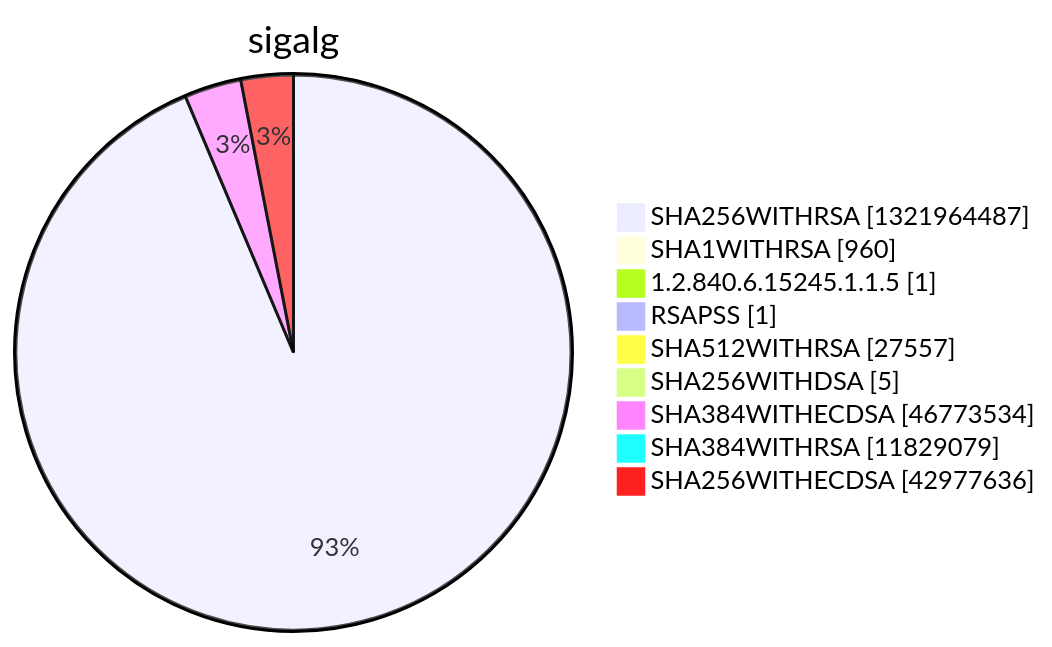
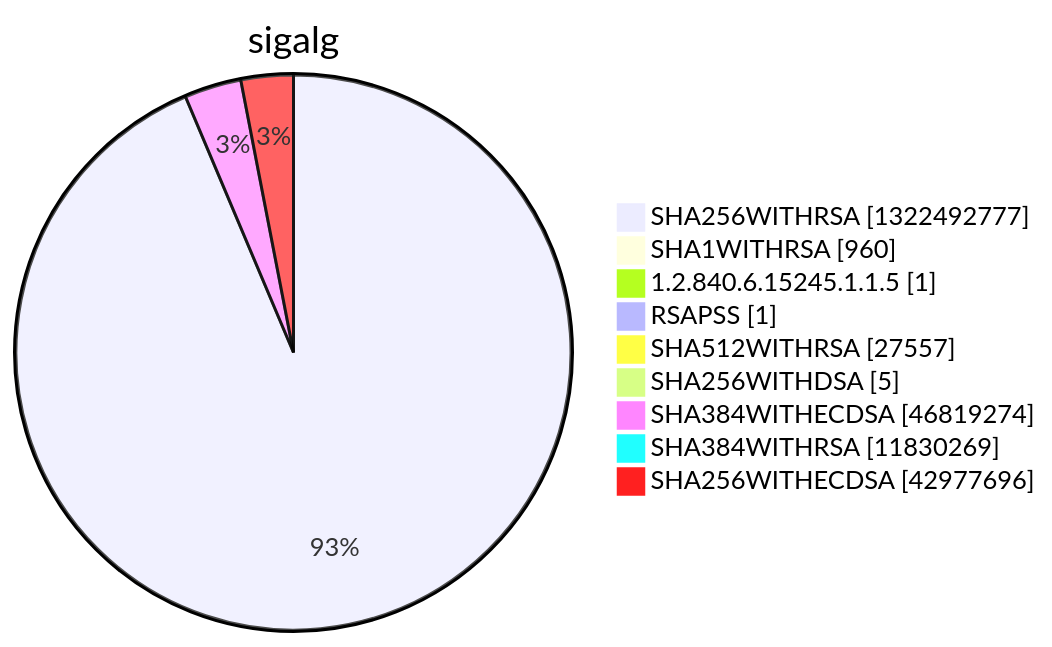
One commit to christiankrug/ctmonitor_visualization changed diagram 15 of 15 in argon2022/README.md. Above: the diagram before and after it, drawn with Mermaid. The commit also changed other lines of this file, not shown here.

````diff
--- a/argon2022/README.md
+++ b/argon2022/README.md
@@ -5524,13 +5524,13 @@
 ```mermaid
 pie showData
 title sigalg
-"SHA256WITHRSA" :1321964487
+"SHA256WITHRSA" :1322492777
 "SHA1WITHRSA" :960
 "1.2.840.6.15245.1.1.5" :1
 "RSAPSS" :1
 "SHA512WITHRSA" :27557
 "SHA256WITHDSA" :5
-"SHA384WITHECDSA" :46773534
-"SHA384WITHRSA" :11829079
-"SHA256WITHECDSA" :42977636
+"SHA384WITHECDSA" :46819274
+"SHA384WITHRSA" :11830269
+"SHA256WITHECDSA" :42977696
 ```
````
